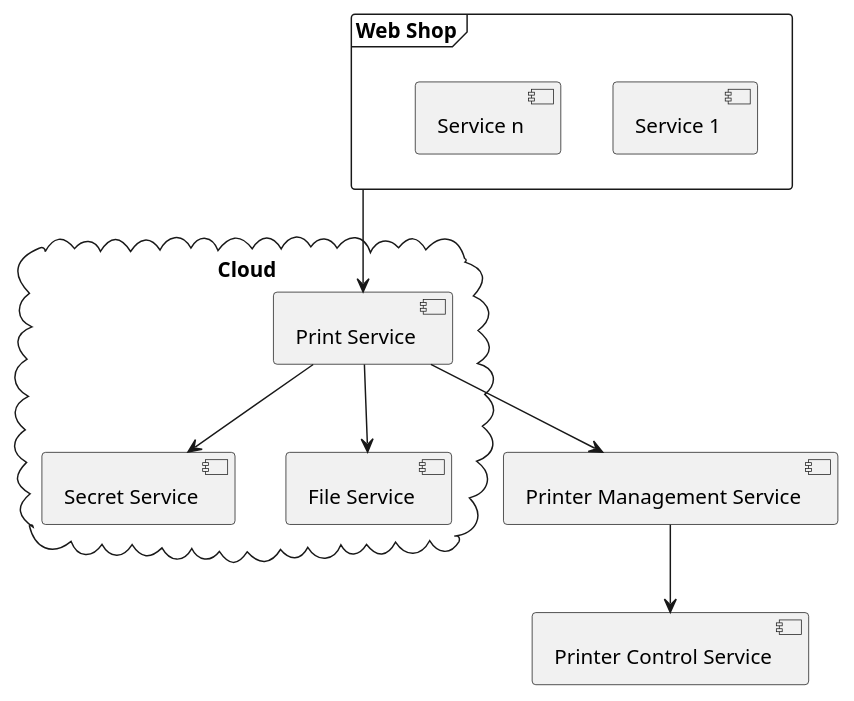
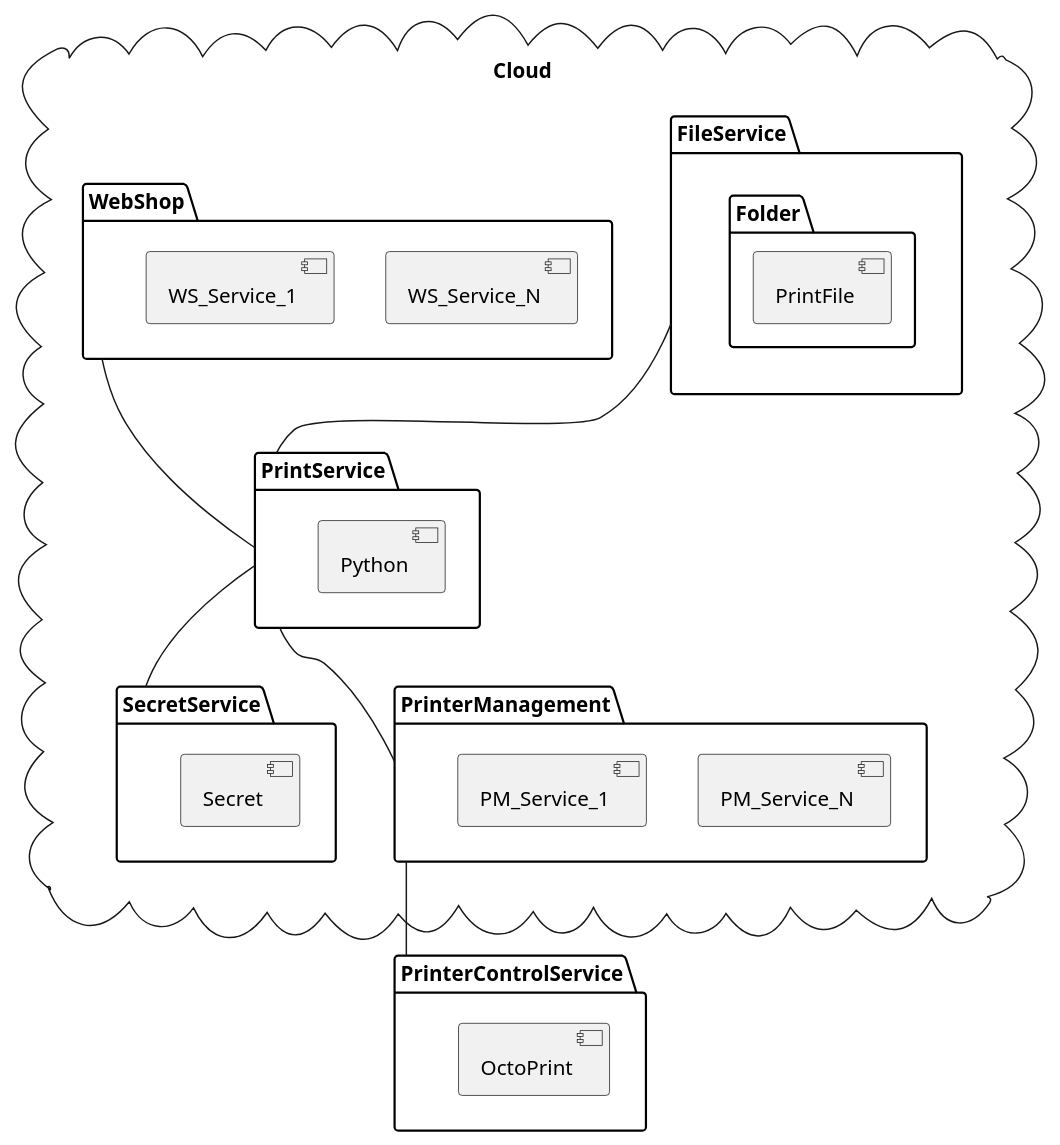
The diagram in ComponentDiagram.plantuml (tobiasbuhmann/repro3d-diagrams), drawn with PlantUML before and after one commit. The commit also changed 4 other files, not shown here.

Commit message:
Changed diagrams

```diff
--- a/ComponentDiagram.plantuml
+++ b/ComponentDiagram.plantuml
@@ -1,18 +1,38 @@
-@startuml name ComponentDiagramm
-frame "Web Shop" {
-  [Service 1]
-  [Service n]
+@startuml ComponentDiagram
+
+cloud "Cloud" {
+   package "PrintService" {
+    [Python]
+  }
+
+  package "SecretService" {
+    [Secret]
+  }
+
+  package "FileService" {
+    folder "Folder" {
+      [PrintFile]
+    }
+  }
+  
+  package "WebShop" {
+    [WS_Service_N]
+    [WS_Service_1]
+  }
+
+  package "PrinterManagement" {
+    [PM_Service_N]
+    [PM_Service_1]
+  }
 }
 
-cloud "Cloud" {
-  [Print Service]
-  [Secret Service]
-  [File Service]
+package "PrinterControlService" {
+  [OctoPrint]
 }
 
-[Web Shop] --> [Print Service]
-[Print Service] --> [Secret Service]
-[Print Service] --> [File Service]
-[Print Service] --> [Printer Management Service]
-[Printer Management Service] --> [Printer Control Service]
+[WebShop] -- [PrintService]
+[FileService] -- [PrintService]
+[PrintService] -- [SecretService]
+[PrintService] -- [PrinterManagement]
+[PrinterManagement] -- [PrinterControlService]
 @enduml
```
